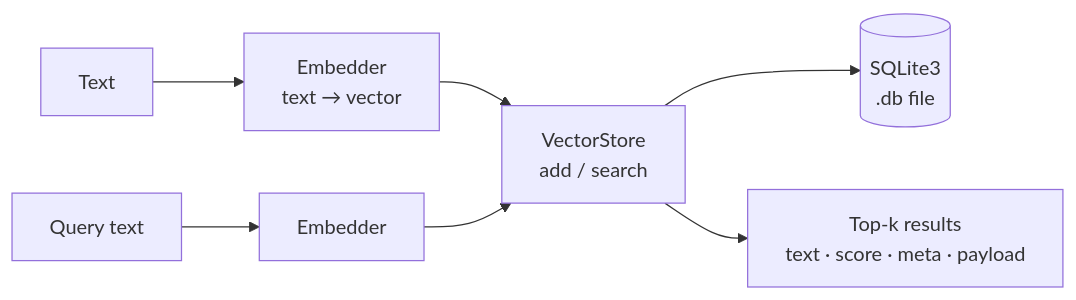
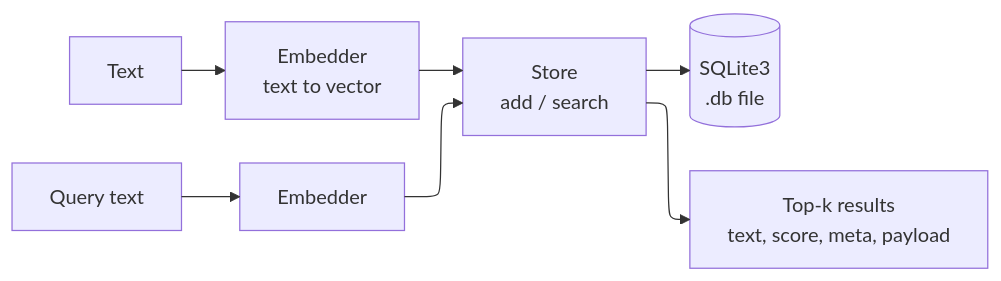
The diagram in README.md (nogginly/vecstolite.cr), drawn with Mermaid before and after one commit. The commit also changed other lines of this file and 57 other files, not shown here.

````diff
--- a/README.md
+++ b/README.md
@@ -25,9 +26,17 @@
 ```mermaid
+---
+config:
+  layout: elk
+---
 flowchart LR
-    T["Text"] --> E["Embedder\ntext → vector"]
-    E --> S["VectorStore\nadd / search"]
-    S --> DB[("SQLite3\n.db file")]
+    T["Text"] --> E["Embedder
+    text to vector"]
+    E --> S["Store
+    add / search"]
+    S --> DB[("SQLite3
+    .db file")]
     Q["Query text"] --> E2["Embedder"]
     E2 --> S
-    S --> R["Top-k results\ntext · score · meta · payload"]
+    S --> R["Top-k results
+    text, score, meta, payload"]
 ```
````
